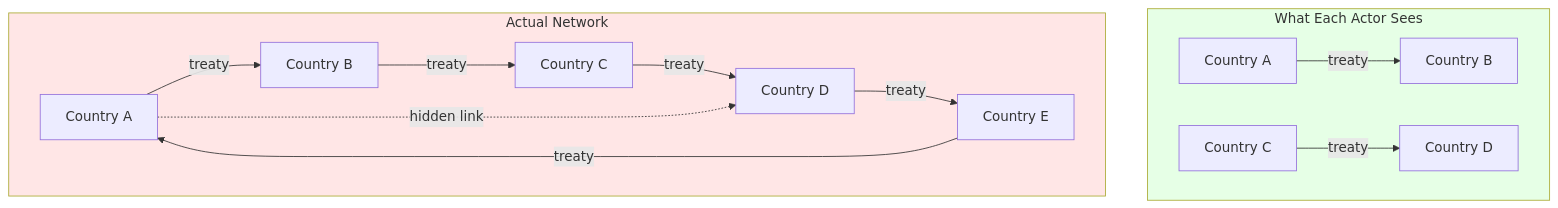
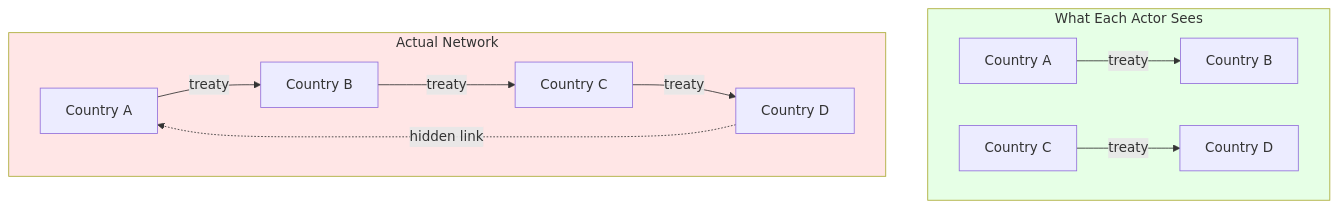
The first of 2 diagrams in apps/delegation-risk/src/content/docs/case-studies/human-systems/alliance-cascades.md (quantified-uncertainty/cairn), drawn with Mermaid before and after one commit. The commit also changed other lines of this file and 43 other files, not shown here.

````diff
--- a/apps/delegation-risk/src/content/docs/case-studies/human-systems/alliance-cascades.md
+++ b/apps/delegation-risk/src/content/docs/case-studies/human-systems/alliance-cascades.md
@@ -25,19 +24,17 @@
 ```mermaid
 flowchart TB
     subgraph Perceived["What Each Actor Sees"]
         A1["Country A"] -->|"treaty"| B1["Country B"]
         C1["Country C"] -->|"treaty"| D1["Country D"]
     end
 
     subgraph Reality["Actual Network"]
         A2["Country A"] -->|"treaty"| B2["Country B"]
         B2 -->|"treaty"| C2["Country C"]
         C2 -->|"treaty"| D2["Country D"]
-        D2 -->|"treaty"| E2["Country E"]
-        E2 -->|"treaty"| A2
-        A2 -.->|"hidden link"| D2
+        D2 -.->|"hidden link"| A2
     end
 
     style Perceived fill:#e6ffe6
     style Reality fill:#ffe6e6
 ```
````
